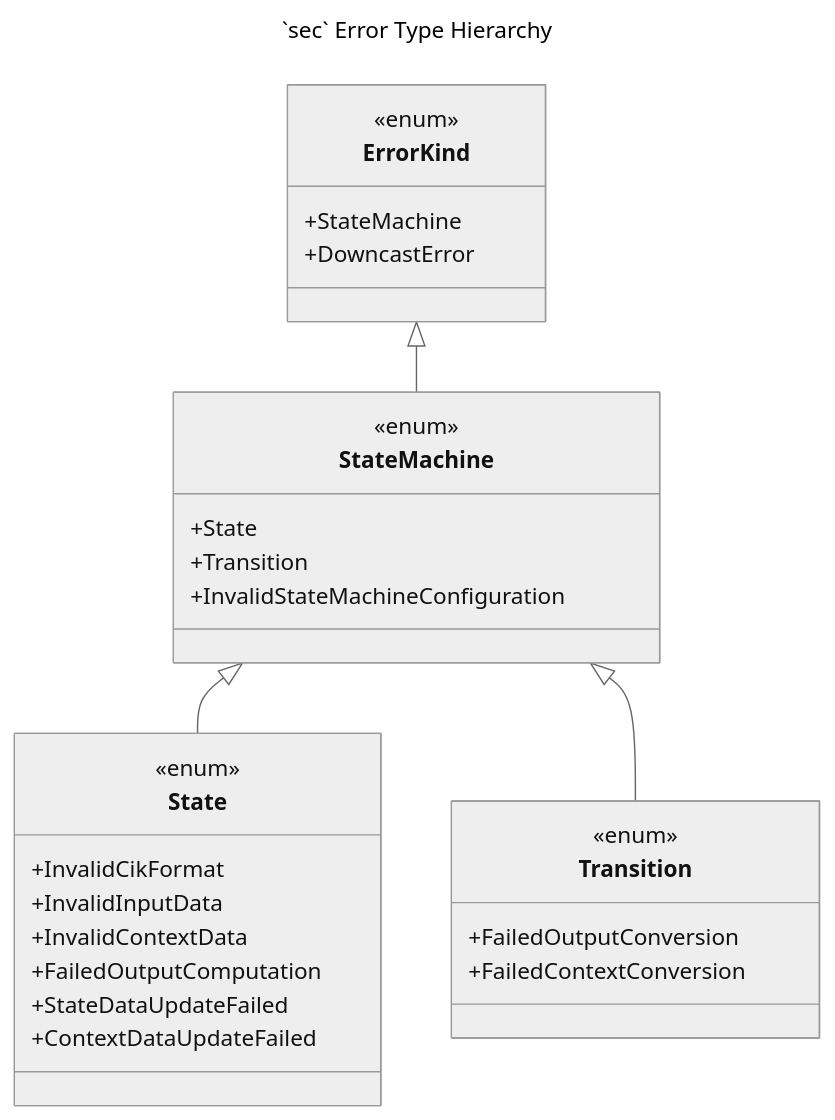
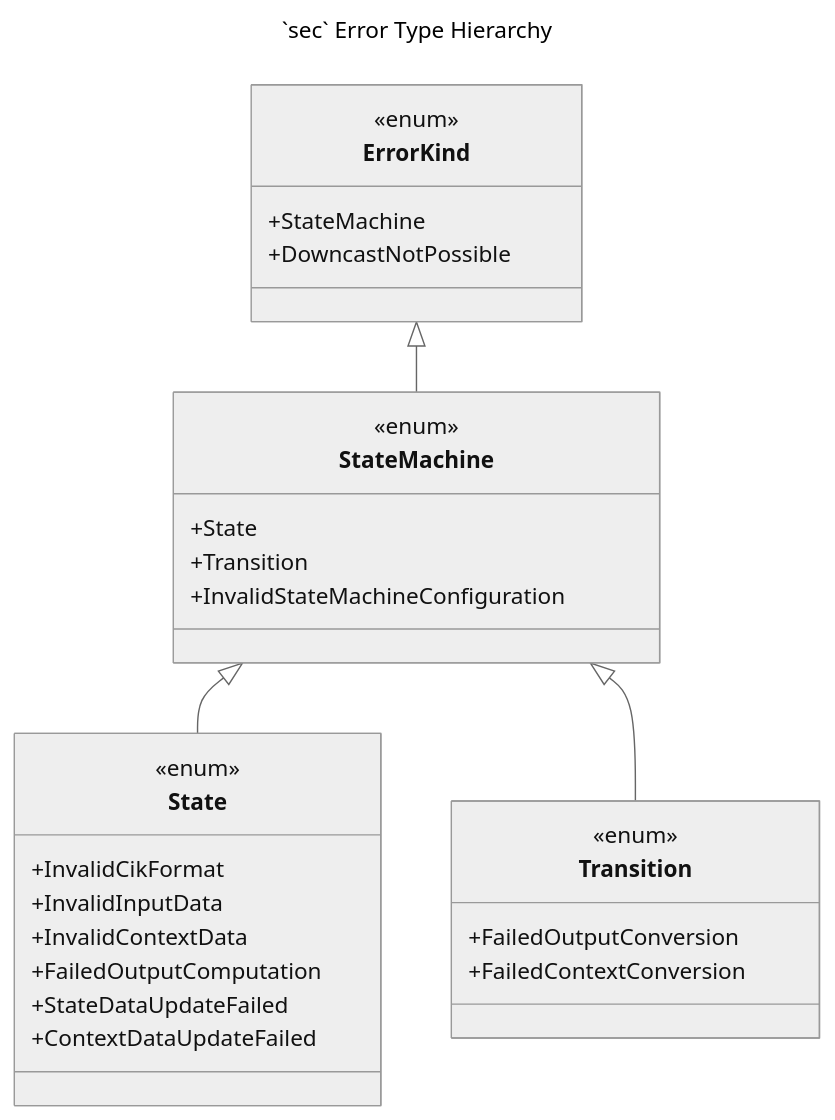
Before and after one commit to ironcapitaleu/arkad: the diagram in sec/design/uml_class_diagram/sec_error_handling.md, drawn with Mermaid (neutral theme). The commit also changed 8 other files, not shown here.

````diff
--- a/sec/design/uml_class_diagram/sec_error_handling.md
+++ b/sec/design/uml_class_diagram/sec_error_handling.md
@@ -1,45 +1,45 @@
 ```mermaid
 ---
 title: "`sec` Error Type Hierarchy"
 ---
 classDiagram
     class ErrorKind{
         <<enum>>
         %% This is an enum that represents all kinds of errors that are expected in the `sec`package.
         +StateMachine
-        +DowncastError
+        +DowncastNotPossible
     }
 
     class State {
         <<enum>>
         %% This is an enum that represents an error in the `sec` package that is caused by a computation that has been done internally inside a `State` in the `StateMachine`.
         +InvalidCikFormat
         +InvalidInputData
         +InvalidContextData
         +FailedOutputComputation
         +StateDataUpdateFailed
         +ContextDataUpdateFailed
     }
 
 
     class Transition {
         <<enum>>
         %% This is an enum that represents an error which occured during the transition from one `State` in the `StateMachine`to another `State`.
         +FailedOutputConversion
         +FailedContextConversion
     }
 
     class StateMachine{
         <<enum>>
         %% This is an enum that represents an error which occured during the execution of a `StateMachine`. It can either be attributed to a specific `State` computation, a `Transition` between States or a general misconfiguration of the `StateMachine`.
         +State
         +Transition
         +InvalidStateMachineConfiguration
     }
 
     %% Relationships
     ErrorKind <|-- StateMachine
     StateMachine <|-- State
     StateMachine <|-- Transition
     
 ```
````
